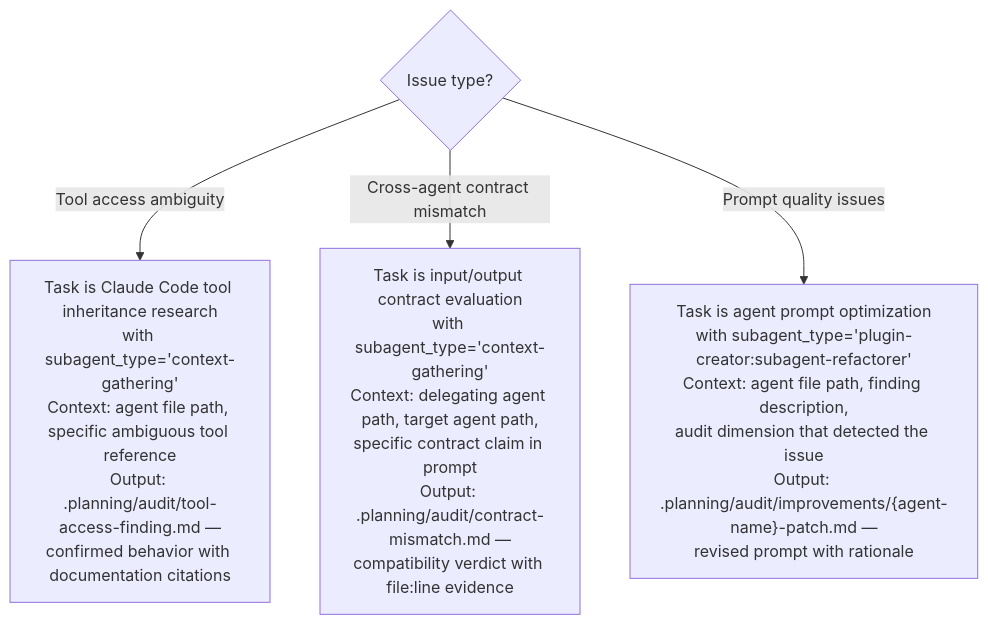
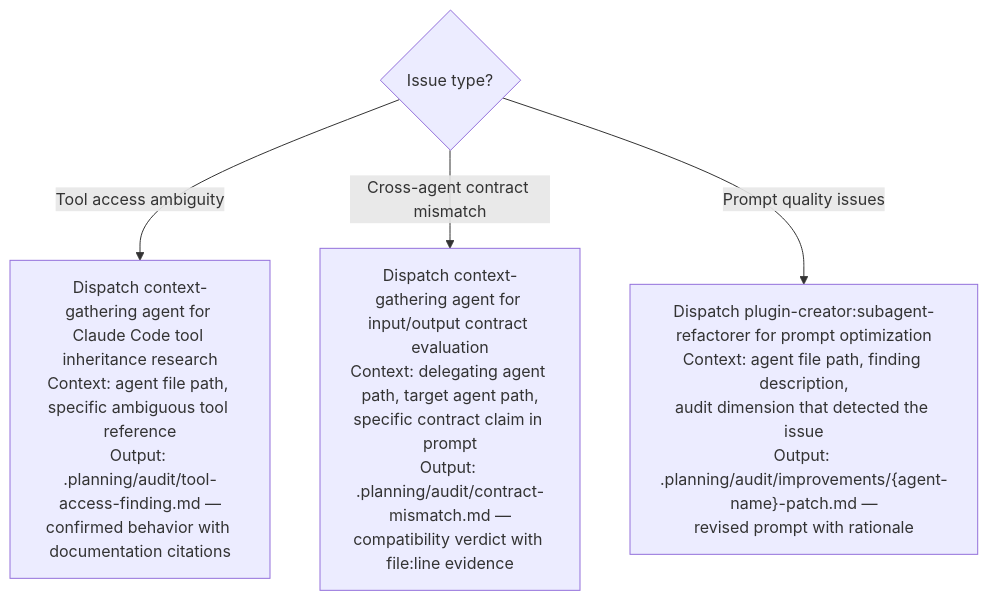
The diagram in plugins/plugin-creator/skills/audit-agent-lifecycle/references/agent-lifecycle-audit.md (Jamie-BitFlight/claude_skills), drawn with Mermaid before and after one commit. The commit also changed other lines of this file and 84 other files, not shown here.

Commit message:
refactor(plugin-creator): trim agent guidance

````diff
--- a/plugins/plugin-creator/skills/audit-agent-lifecycle/references/agent-lifecycle-audit.md
+++ b/plugins/plugin-creator/skills/audit-agent-lifecycle/references/agent-lifecycle-audit.md
@@ -146,7 +146,7 @@
 ```mermaid
 flowchart TD
     Q{Issue type?}
-    Q -->|Tool access ambiguity| Docs["Task is Claude Code tool inheritance research<br>with subagent_type='context-gathering'<br>Context: agent file path, specific ambiguous tool reference<br>Output: .planning/audit/tool-access-finding.md —<br>confirmed behavior with documentation citations"]
-    Q -->|Cross-agent contract mismatch| Contract["Task is input/output contract evaluation<br>with subagent_type='context-gathering'<br>Context: delegating agent path, target agent path,<br>specific contract claim in prompt<br>Output: .planning/audit/contract-mismatch.md —<br>compatibility verdict with file:line evidence"]
-    Q -->|Prompt quality issues| Prompt["Task is agent prompt optimization<br>with subagent_type='plugin-creator:subagent-refactorer'<br>Context: agent file path, finding description,<br>audit dimension that detected the issue<br>Output: .planning/audit/improvements/{agent-name}-patch.md —<br>revised prompt with rationale"]
+    Q -->|Tool access ambiguity| Docs["Dispatch context-gathering agent for Claude Code tool inheritance research<br>Context: agent file path, specific ambiguous tool reference<br>Output: .planning/audit/tool-access-finding.md —<br>confirmed behavior with documentation citations"]
+    Q -->|Cross-agent contract mismatch| Contract["Dispatch context-gathering agent for input/output contract evaluation<br>Context: delegating agent path, target agent path,<br>specific contract claim in prompt<br>Output: .planning/audit/contract-mismatch.md —<br>compatibility verdict with file:line evidence"]
+    Q -->|Prompt quality issues| Prompt["Dispatch plugin-creator:subagent-refactorer for prompt optimization<br>Context: agent file path, finding description,<br>audit dimension that detected the issue<br>Output: .planning/audit/improvements/{agent-name}-patch.md —<br>revised prompt with rationale"]
 ```
````
